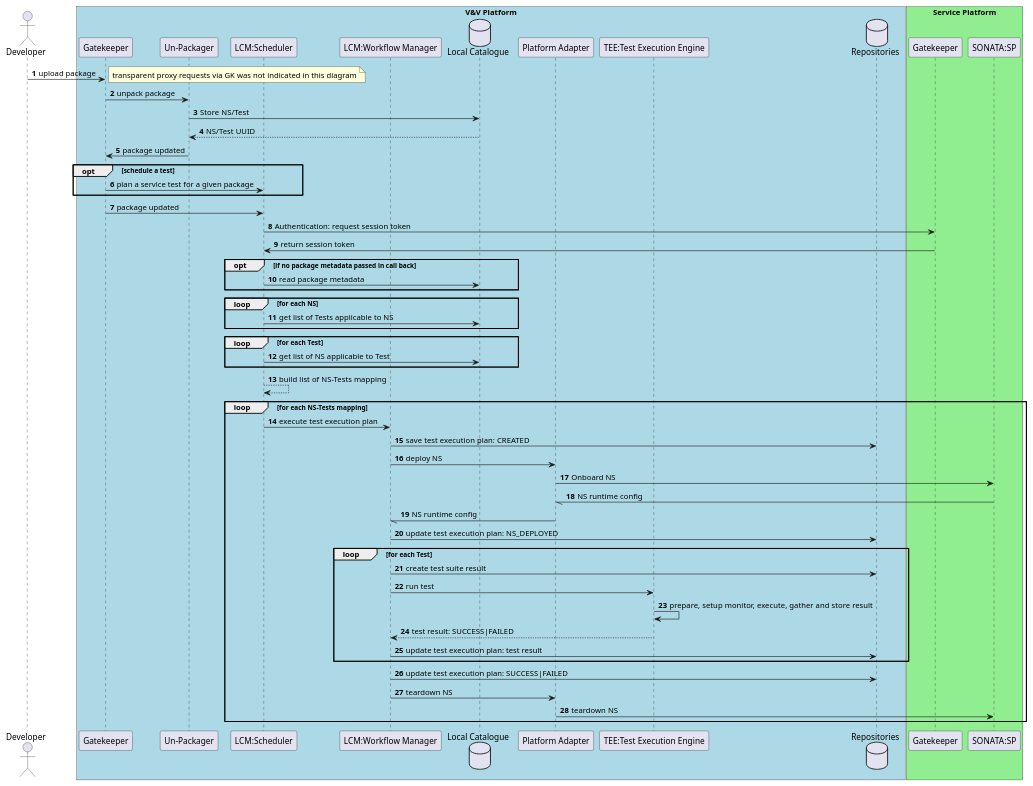
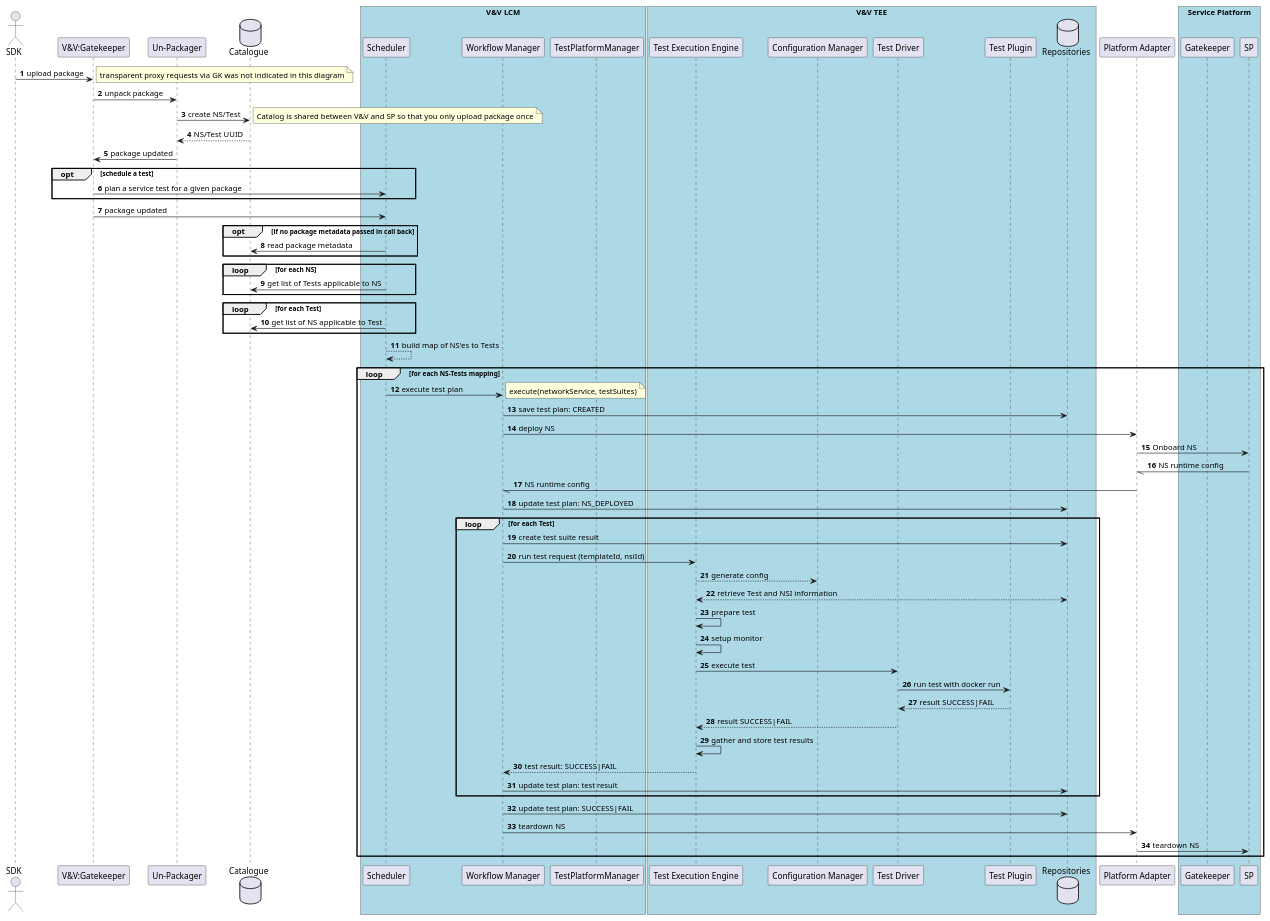
One commit to sonata-nfv/tng-vnv-lcm changed the diagram in src/docs/developer-guide/extensions/overview/vnv_workflow_sequence_future.adoc. Above: the diagram before and after it, drawn with PlantUML. The commit also changed other lines of this file and 1 other file, not shown here.

Commit message:
Updates to Current and Future Sequence Diagrams

```diff
--- a/src/docs/developer-guide/extensions/overview/vnv_workflow_sequence_future.adoc
+++ b/src/docs/developer-guide/extensions/overview/vnv_workflow_sequence_future.adoc
@@ -3,47 +3,50 @@
 [plantuml,tng-vnv-lcm]
 ----
-
-
 
 @startuml
 autonumber
 
-actor "Developer" as SDKDev
+actor "SDK" as SDK
+participant "V&V:Gatekeeper" as GKofVNV
+participant "Un-Packager" as PKG
+database "Catalogue" as CAT
+box "V&V LCM" #LightBlue
+    participant "Scheduler" as Scheduler
+    participant "Workflow Manager" as WFMGR
+    participant "TestPlatformManager" as TPMGR
+'     database "Local Catalogue" as LOCAT
+'     todo we need to add the flows around the LOCAT above
+end box
 
-
-box "V&V Platform" #LightBlue
-    participant "Gatekeeper" as GK
-    participant "Un-Packager" as PKG
-    participant "LCM:Scheduler" as Scheduler
-    participant "LCM:Workflow Manager" as WFE
-'     database "Local Catalogue" as LoCat
-'     todo we need to add the flows around the LoCat above
-    database "Local Catalogue" as CAT
-    participant "Platform Adapter" as PA
-    participant "TEE:Test Execution Engine" as TEE
+box "V&V TEE" #LightBlue
+    participant "Test Execution Engine" as TEE
+    participant "Configuration Manager" as TEECM
+    participant "Test Driver" as TEETD
+    participant "Test Plugin" as TEETP
     database "Repositories" as TRR
 end box
-
-box "Service Platform" #LightGreen
+    participant "Platform Adapter" as PA
+box "Service Platform" #LightBlue
     participant "Gatekeeper" as GKofSP
-    participant "SONATA:SP" as TPM
+    participant "SP" as SP
 end box
 
-SDKDev -> GK : upload package
+SDK -> GKofVNV : upload package
 note right : transparent proxy requests via GK was not indicated in this diagram
-GK -> PKG : unpack package
-PKG -> CAT : Store NS/Test
+GKofVNV -> PKG : unpack package
+PKG -> CAT : create NS/Test
+note right : Catalog is shared between V&V and SP so that you only upload package once
 CAT --> PKG : NS/Test UUID
-PKG -> GK : package updated
+PKG -> GKofVNV : package updated
 
-'stepp 6  future
 opt schedule a test
-    GK -> Scheduler : plan a service test for a given package
+    'Scheduler.schedule(PackageMetadata packageMetadata)
+   GKofVNV -> Scheduler : plan a service test for a given package
 end
-GK -> Scheduler : package updated
-Scheduler -> GKofSP : Authentication: request session token
-GKofSP -> Scheduler : return session token
+GKofVNV -> Scheduler : package updated
+'Scheduler -> GKofSP : create session token
 opt if no package metadata passed in call back
+    'Scheduler.discoverAssociatedNssAndTests(PackageMetadata packageMetadata)
     Scheduler -> CAT : read package metadata
 end
 loop for each NS
@@ -52,30 +55,38 @@
 loop for each Test
       Scheduler -> CAT : get list of NS applicable to Test
 end
-Scheduler --> Scheduler : build list of NS-Tests mapping
+Scheduler --> Scheduler : build map of NS'es to Tests
 
 
 loop for each NS-Tests mapping
-        Scheduler -> WFE : execute test execution plan
-        WFE -> TRR : save test execution plan: CREATED
-        WFE -> PA : deploy NS
-        PA -> TPM : Onboard NS
-        PA \\- TPM : NS runtime config
-        WFE \\- PA : NS runtime config
-        WFE -> TRR : update test execution plan: NS_DEPLOYED
+        Scheduler -> WFMGR : execute test plan
+note right : execute(networkService, testSuites)
+        WFMGR -> TRR : save test plan: CREATED
+        WFMGR -> PA : deploy NS
+        PA -> SP : Onboard NS
+        PA \\- SP : NS runtime config
+        WFMGR \\- PA : NS runtime config
+        WFMGR -> TRR : update test plan: NS_DEPLOYED
         loop for each Test
-              WFE -> TRR : create test suite result
-              WFE -> TEE : run test
-              TEE -> TEE : prepare, setup monitor, execute, gather and store result
-              TEE --> WFE : test result: SUCCESS|FAILED
-              WFE -> TRR : update test execution plan: test result
+              WFMGR -> TRR : create test suite result
+              WFMGR -> TEE : run test request (templateId, nsiId)
+              TEE -->TEECM : generate config
+              TEE <--> TRR : retrieve Test and NSI information
+              TEE -> TEE : prepare test
+              TEE -> TEE : setup monitor
+              TEE -> TEETD : execute test
+              TEETD -> TEETP : run test with docker run
+              TEETD <-- TEETP : result SUCCESS|FAIL
+              TEETD --> TEE : result SUCCESS|FAIL
+              TEE -> TEE : gather and store test results
+              TEE --> WFMGR : test result: SUCCESS|FAIL
+              WFMGR -> TRR : update test plan: test result
         end
-        WFE -> TRR : update test execution plan: SUCCESS|FAILED
-        WFE -> PA : teardown NS
-        PA -> TPM : teardown NS
+        WFMGR -> TRR : update test plan: SUCCESS|FAIL
+        WFMGR -> PA : teardown NS
+        PA -> SP : teardown NS
 end
 
 @enduml
 
-
 ----
```
